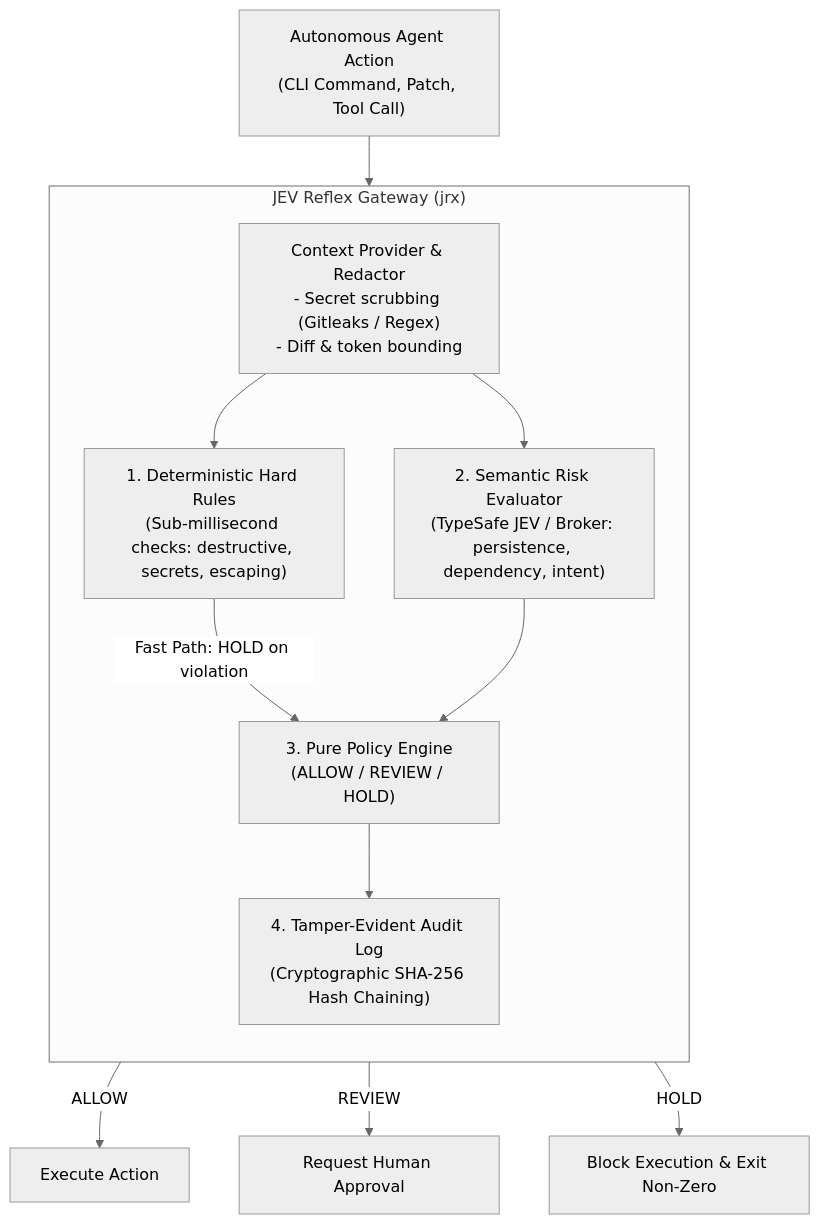
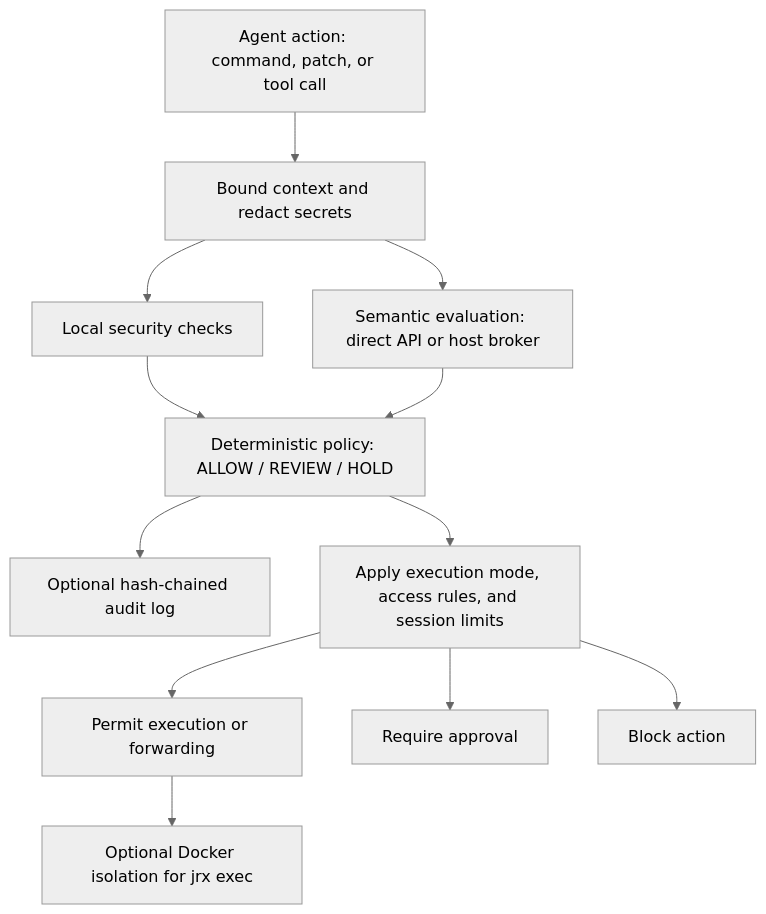
One commit to Madhumasa84/jrx changed the diagram in README.md. Above: the diagram before and after it, drawn with Mermaid (neutral theme). The commit also changed other lines of this file and 17 other files, not shown here.

First line of the commit message:
feat: add isolated command execution and MCP argument policy enforcement

````diff
--- a/README.md
+++ b/README.md
@@ -59,24 +52,14 @@
 ```mermaid
 flowchart TD
-    Agent["Autonomous Agent Action<br/>(CLI Command, Patch, Tool Call)"] --> Gateway["JEV Reflex Gateway"]
-
-    subgraph Gateway ["JEV Reflex Gateway (jrx)"]
-        direction TB
-        Context["Context Provider & Redactor<br/>- Secret scrubbing (Gitleaks / Regex)<br/>- Diff & token bounding"]
-        
-        HardChecks["1. Deterministic Hard Rules<br/>(Sub-millisecond checks: destructive, secrets, escaping)"]
-        Semantic["2. Semantic Risk Evaluator<br/>(TypeSafe JEV / Broker: persistence, dependency, intent)"]
-        Policy["3. Pure Policy Engine<br/>(ALLOW / REVIEW / HOLD)"]
-        Audit["4. Tamper-Evident Audit Log<br/>(Cryptographic SHA-256 Hash Chaining)"]
-
-        Context --> HardChecks
-        Context --> Semantic
-        HardChecks -->|Fast Path: HOLD on violation| Policy
-        Semantic --> Policy
-        Policy --> Audit
-    end
-
-    Policy -->|ALLOW| Exec["Execute Action"]
-    Policy -->|REVIEW| User["Request Human Approval"]
-    Policy -->|HOLD| Block["Block Execution & Exit Non-Zero"]
+    Agent["Agent action: command, patch, or tool call"] --> Context["Bound context and redact secrets"]
+    Context --> Checks["Local security checks"]
+    Context --> Semantic["Semantic evaluation: direct API or host broker"]
+    Checks --> Policy["Deterministic policy: ALLOW / REVIEW / HOLD"]
+    Semantic --> Policy
+    Policy --> Audit["Optional hash-chained audit log"]
+    Policy --> Gate["Apply execution mode, access rules, and session limits"]
+    Gate --> Execute["Permit execution or forwarding"]
+    Gate --> Review["Require approval"]
+    Gate --> Block["Block action"]
+    Execute --> Sandbox["Optional Docker isolation for jrx exec"]
 ```
````
